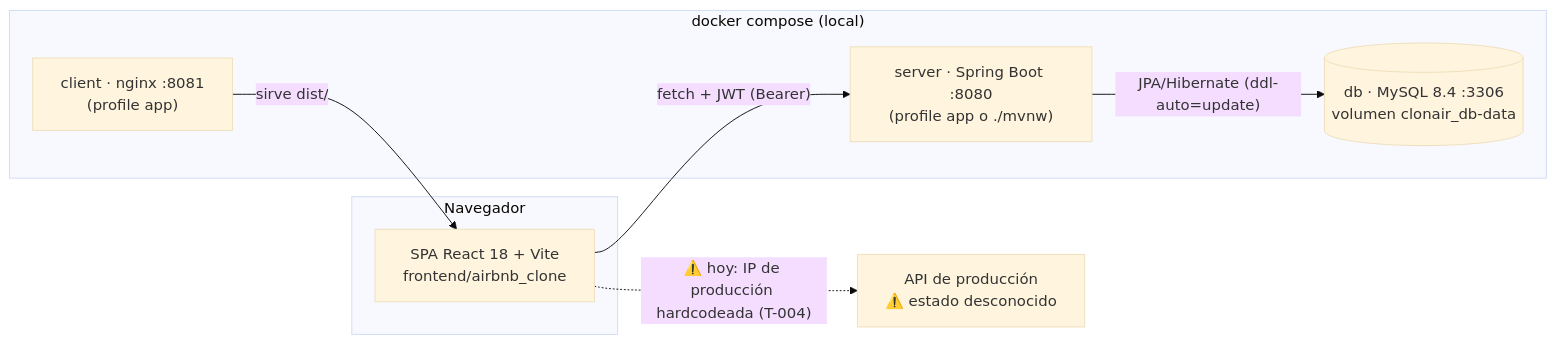
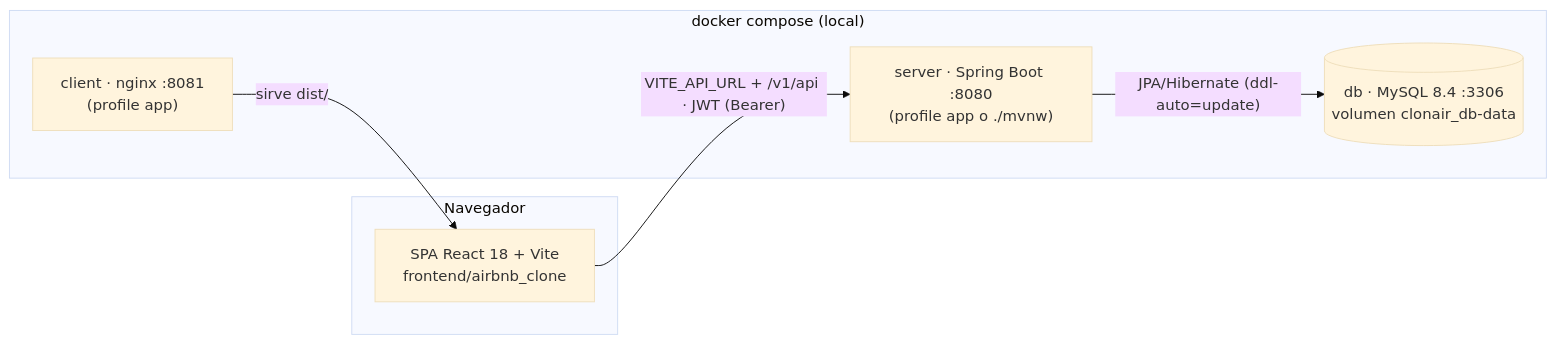
Before and after one commit to MatiasNicolasAcevedo/c15-33-ft-java-react: the first of 4 diagrams in docs/ARCHITECTURE.md, drawn with Mermaid (base theme). The commit also changed 8 other files, not shown here.

````diff
--- a/docs/ARCHITECTURE.md
+++ b/docs/ARCHITECTURE.md
@@ -7,15 +7,14 @@
 ```mermaid
 flowchart LR
   subgraph Navegador
     SPA["SPA React 18 + Vite<br/>frontend/airbnb_clone"]
   end
   subgraph "docker compose (local)"
     C["client · nginx :8081<br/>(profile app)"]
     S["server · Spring Boot :8080<br/>(profile app o ./mvnw)"]
     DB[("db · MySQL 8.4 :3306<br/>volumen clonair_db-data")]
   end
-  SPA -- "fetch + JWT (Bearer)" --> S
+  SPA -- "VITE_API_URL + /v1/api · JWT (Bearer)" --> S
   C -- "sirve dist/" --> SPA
   S -- "JPA/Hibernate (ddl-auto=update)" --> DB
-  SPA -. "⚠️ hoy: IP de producción hardcodeada (T-004)" .-> PROD["API de producción<br/>⚠️ estado desconocido"]
 ```
````
